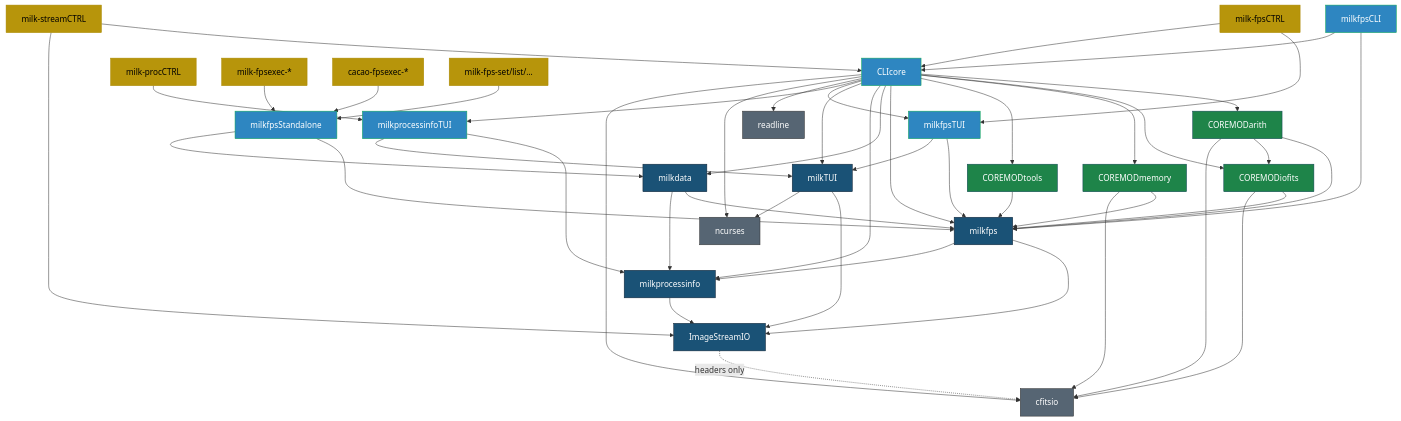
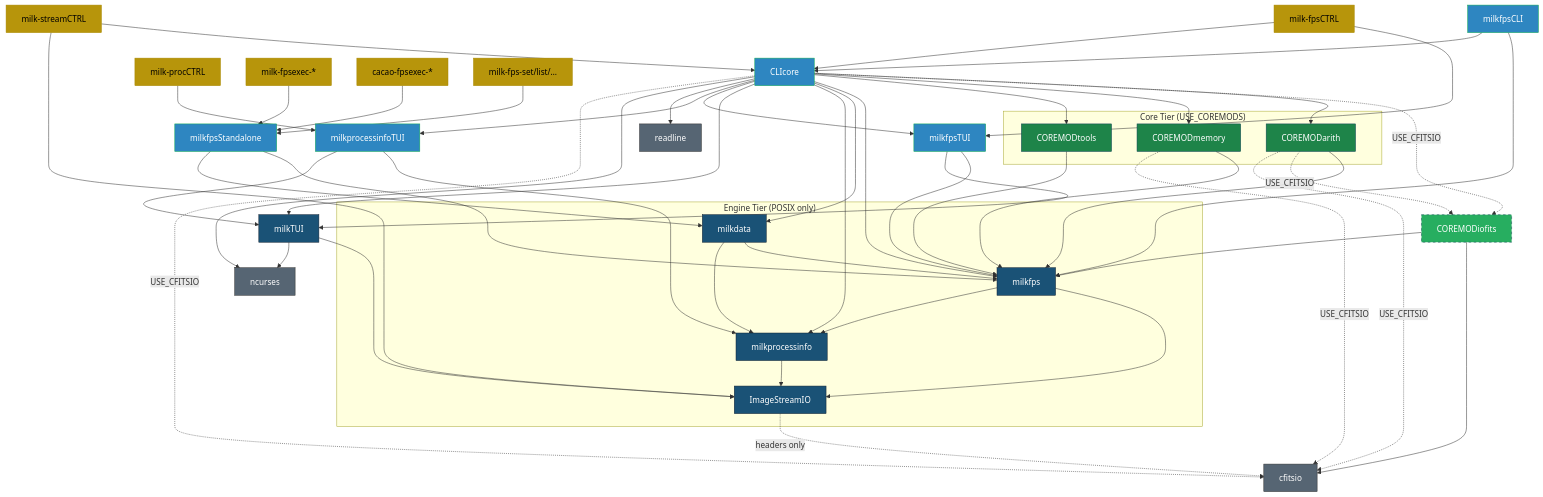
One commit to milk-org/milk changed the first of 3 diagrams in docs/dependency_graph.md. Above: the diagram before and after it, drawn with Mermaid. The commit also changed other lines of this file, not shown here.

````diff
--- a/docs/dependency_graph.md
+++ b/docs/dependency_graph.md
@@ -12,10 +15,13 @@
     NCURSES["ncurses"]:::ext
     READLINE["readline"]:::ext
 
-    ISIO["ImageStreamIO"]:::core
-    PROCINFO["milkprocessinfo"]:::core
-    FPS["milkfps"]:::core
-    MILKDATA["milkdata"]:::core
+    subgraph engine ["Engine Tier (POSIX only)"]
+        ISIO["ImageStreamIO"]:::core
+        PROCINFO["milkprocessinfo"]:::core
+        FPS["milkfps"]:::core
+        MILKDATA["milkdata"]:::core
+    end
+
     MILKTUI["milkTUI"]:::core
 
     PITUI["milkprocessinfoTUI"]:::fw
@@ -23,10 +29,13 @@
     FPSCLI["milkfpsCLI"]:::fw
     FPSSTANDALONE["milkfpsStandalone"]:::fw
 
-    ARITH["COREMODarith"]:::coremod
-    IOFITS["COREMODiofits"]:::coremod
-    MEMORY["COREMODmemory"]:::coremod
-    TOOLS["COREMODtools"]:::coremod
+    subgraph coremods ["Core Tier (USE_COREMODS)"]
+        ARITH["COREMODarith"]:::coremod
+        MEMORY["COREMODmemory"]:::coremod
+        TOOLS["COREMODtools"]:::coremod
+    end
+
+    IOFITS["COREMODiofits"]:::coremod_fits
 
     CLICORE["CLIcore"]:::fw
 
@@ -49,10 +58,10 @@
     IOFITS --> FPS
     IOFITS --> CFITSIO
     ARITH --> FPS
-    ARITH --> IOFITS
-    ARITH --> CFITSIO
+    ARITH -.->|USE_CFITSIO| IOFITS
+    ARITH -.->|USE_CFITSIO| CFITSIO
     MEMORY --> FPS
-    MEMORY --> CFITSIO
+    MEMORY -.->|USE_CFITSIO| CFITSIO
     TOOLS --> FPS
 
     PITUI --> PROCINFO
@@ -65,7 +74,7 @@
     FPSSTANDALONE --> MILKDATA
 
     CLICORE --> ARITH
-    CLICORE --> IOFITS
+    CLICORE -.->|USE_CFITSIO| IOFITS
     CLICORE --> MEMORY
     CLICORE --> TOOLS
     CLICORE --> FPS
@@ -76,7 +85,7 @@
     CLICORE --> PITUI
     CLICORE --> READLINE
     CLICORE --> NCURSES
-    CLICORE --> CFITSIO
+    CLICORE -.->|USE_CFITSIO| CFITSIO
 
     FPSCTRL --> FPSTUI
     FPSCTRL --> CLICORE
@@ -91,5 +100,6 @@
     classDef core fill:#1a5276,stroke:#123,color:#fff
     classDef fw fill:#2e86c1,stroke:#1a5,color:#fff
     classDef coremod fill:#1e8449,stroke:#145,color:#fff
+    classDef coremod_fits fill:#27ae60,stroke:#145,color:#fff,stroke-dasharray: 5 5
     classDef exe fill:#b7950b,stroke:#a80,color:#000
 ```
````
